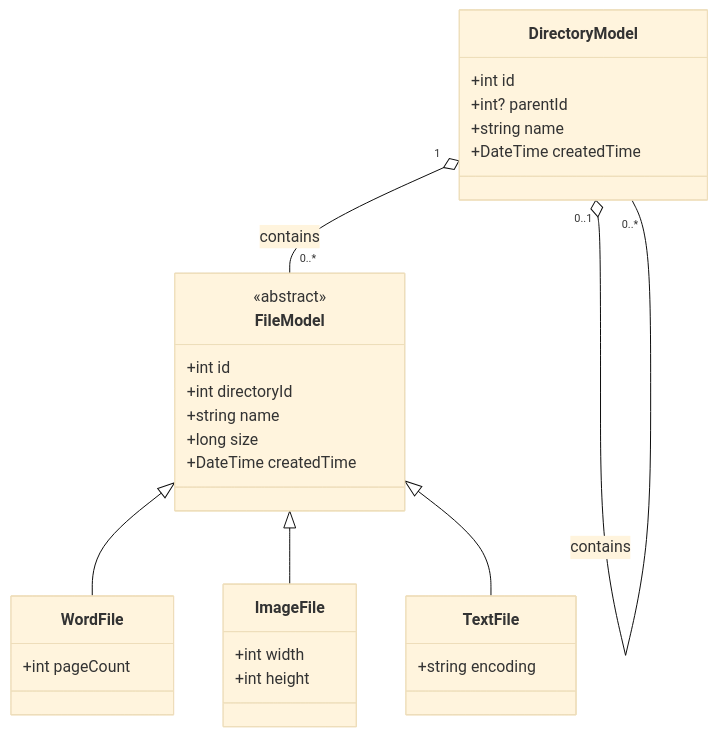
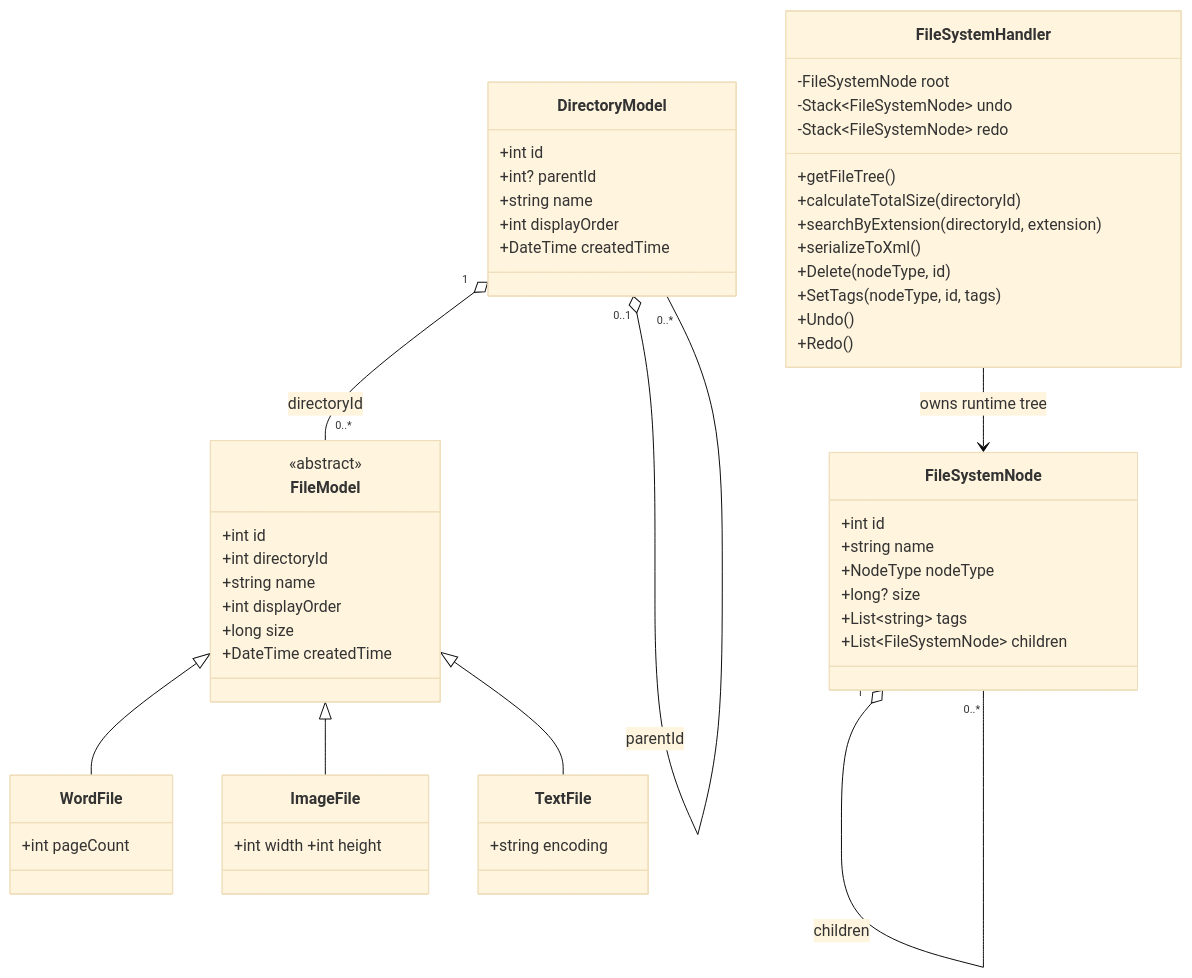
The first of 2 diagrams in README.md (Juyunho/CloudFileSystem), drawn with Mermaid (base theme) before and after one commit. The commit also changed other lines of this file and 22 other files, not shown here.

````diff
--- a/README.md
+++ b/README.md
@@ -104,38 +144,50 @@
 ```mermaid
 classDiagram
     class DirectoryModel {
         +int id
         +int? parentId
         +string name
+        +int displayOrder
         +DateTime createdTime
     }
-
     class FileModel {
         <<abstract>>
         +int id
         +int directoryId
         +string name
+        +int displayOrder
         +long size
         +DateTime createdTime
     }
-
-    class WordFile {
-        +int pageCount
+    class WordFile { +int pageCount }
+    class ImageFile { +int width +int height }
+    class TextFile { +string encoding }
+    class FileSystemNode {
+        +int id
+        +string name
+        +NodeType nodeType
+        +long? size
+        +List~string~ tags
+        +List~FileSystemNode~ children
     }
-
-    class ImageFile {
-        +int width
-        +int height
+    class FileSystemHandler {
+        -FileSystemNode root
+        -Stack~FileSystemNode~ undo
+        -Stack~FileSystemNode~ redo
+        +getFileTree()
+        +calculateTotalSize(directoryId)
+        +searchByExtension(directoryId, extension)
+        +serializeToXml()
+        +Delete(nodeType, id)
+        +SetTags(nodeType, id, tags)
+        +Undo()
+        +Redo()
     }
-
-    class TextFile {
-        +string encoding
-    }
-
     FileModel <|-- WordFile
     FileModel <|-- ImageFile
     FileModel <|-- TextFile
-
-    DirectoryModel "1" o-- "0..*" FileModel : contains
-    DirectoryModel "0..1" o-- "0..*" DirectoryModel : contains
+    DirectoryModel "1" o-- "0..*" FileModel : directoryId
+    DirectoryModel "0..1" o-- "0..*" DirectoryModel : parentId
+    FileSystemNode "1" o-- "0..*" FileSystemNode : children
+    FileSystemHandler --> FileSystemNode : owns runtime tree
 ```
````
